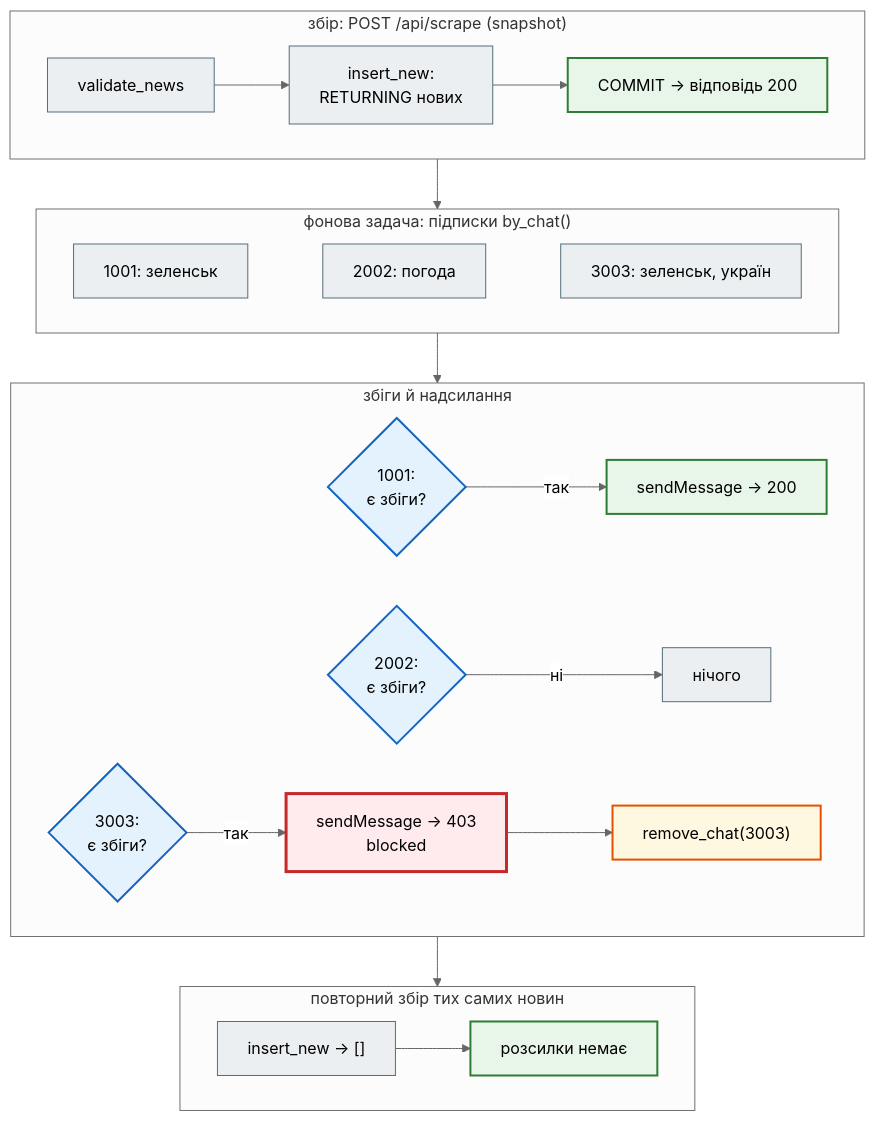
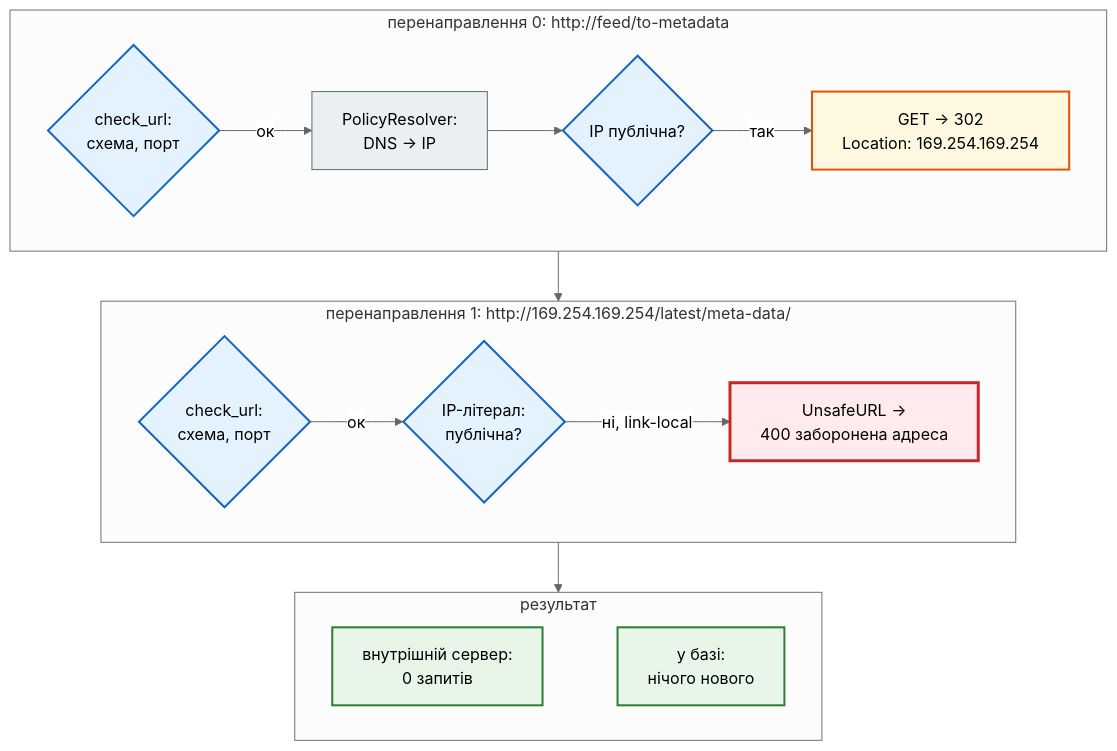
The second of 5 diagrams in docs/modules/m4/lesson_47.md (AlinaRadchenko/PY-Course-Victor-Nikoriak-22-09-2026), drawn with Mermaid (neutral theme) before and after one commit. The commit also changed other lines of this file and 1846 other files, not shown here.

````diff
--- a/docs/modules/m4/lesson_47.md
+++ b/docs/modules/m4/lesson_47.md
@@ -277,36 +332,28 @@
 ```mermaid
 flowchart TD
     classDef step     fill:#eceff1,stroke:#546e7a,stroke-width:1px;
     classDef decision fill:#e3f2fd,stroke:#1565c0,stroke-width:2px;
     classDef success  fill:#e8f5e9,stroke:#2e7d32,stroke-width:2px;
     classDef error    fill:#ffebee,stroke:#c62828,stroke-width:3px;
     classDef warning  fill:#fff8e1,stroke:#e65100,stroke-width:2px;
 
-    subgraph S1["збір: POST /api/scrape (snapshot)"]
+    subgraph H0["перенаправлення 0: http://feed/to-metadata"]
         direction LR
-        s1["validate_news"] --> s2["insert_new:<br>RETURNING нових"] --> s3["COMMIT → відповідь 200"]
+        h1{"check_url:<br>схема, порт"} -- ок --> h2["PolicyResolver:<br>DNS → IP"] --> h3{"IP публічна?"} -- так --> h4["GET → 302<br>Location: 169.254.169.254"]
     end
-    subgraph S2["фонова задача: підписки by_chat()"]
+    subgraph H1["перенаправлення 1: http://169.254.169.254/latest/meta-data/"]
         direction LR
-        c1["1001: зеленськ"] ~~~ c2["2002: погода"] ~~~ c3["3003: зеленськ, україн"]
+        k1{"check_url:<br>схема, порт"} -- ок --> k2{"IP-літерал:<br>публічна?"} -- ні, link-local --> k3["UnsafeURL →<br>400 заборонена адреса"]
     end
-    subgraph S3["збіги й надсилання"]
+    subgraph R["результат"]
         direction LR
-        d1{"1001:<br>є збіги?"} -- так --> d2["sendMessage → 200"]
-        d3{"2002:<br>є збіги?"} -- ні --> d4["нічого"]
-        d5{"3003:<br>є збіги?"} -- так --> d6["sendMessage → 403<br>blocked"] --> d7["remove_chat(3003)"]
+        r1["внутрішній сервер:<br>0 запитів"] ~~~ r2["у базі:<br>нічого нового"]
     end
-    subgraph S4["повторний збір тих самих новин"]
-        direction LR
-        e1["insert_new → []"] --> e2["розсилки немає"]
-    end
-    S1 --> S2 --> S3 --> S4
+    H0 --> H1 --> R
 
-    class s1,s2,c1,c2,c3 step
-    class s3,d2,e2 success
-    class d1,d3,d5 decision
-    class d4 step
-    class d6 error
-    class d7 warning
-    class e1 step
+    class h1,h3,k1,k2 decision
+    class h2 step
+    class h4 warning
+    class k3 error
+    class r1,r2 success
 ```
````
